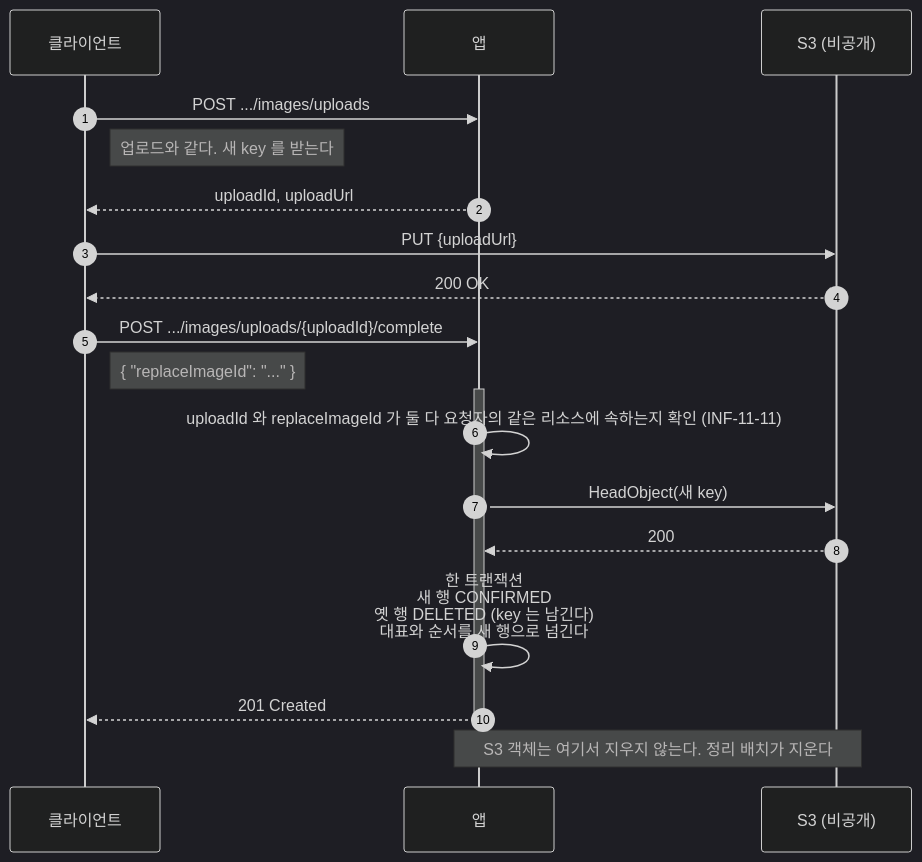
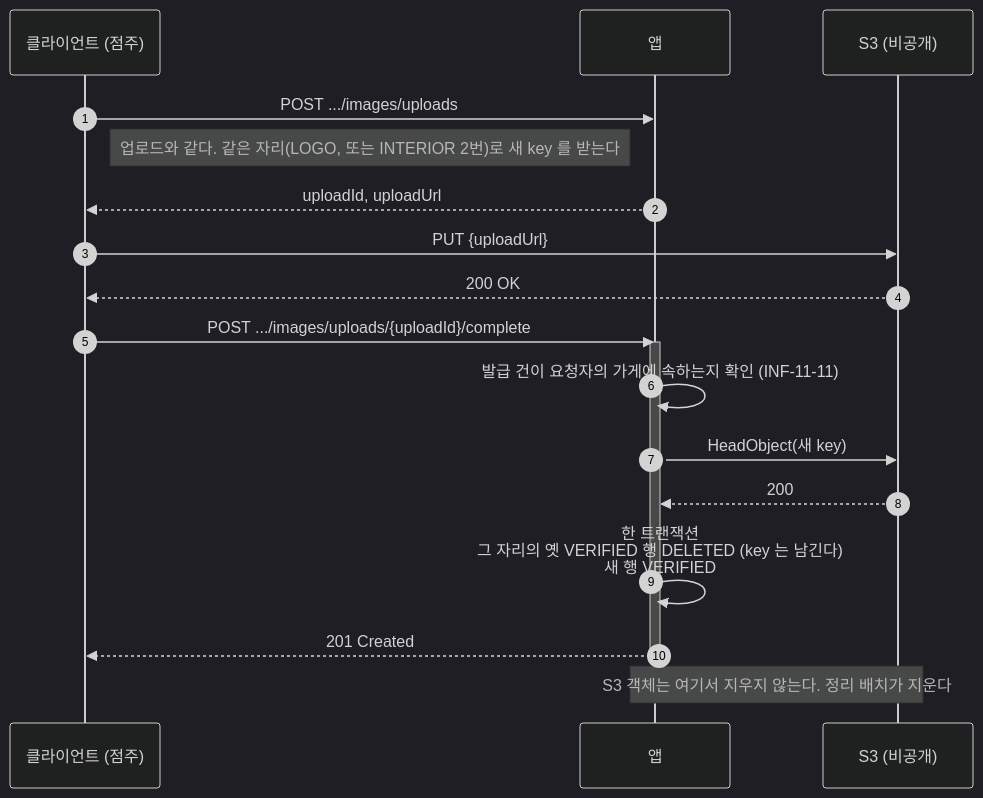
Before and after one commit to lunch-catch/lc-infra: the sixth of 8 diagrams in docs/system-design/백엔드공통_이미지저장소_설계.md, drawn with Mermaid (dark theme). The commit also changed other lines of this file, not shown here.

````diff
--- a/docs/system-design/백엔드공통_이미지저장소_설계.md
+++ b/docs/system-design/백엔드공통_이미지저장소_설계.md
@@ -705,25 +626,24 @@
 ```mermaid
 sequenceDiagram
     autonumber
-    participant C as 클라이언트
+    participant C as 클라이언트 (점주)
     participant A as 앱
     participant S as S3 (비공개)
 
     C->>A: POST .../images/uploads
-    Note right of C: 업로드와 같다. 새 key 를 받는다
+    Note right of C: 업로드와 같다. 같은 자리(LOGO, 또는 INTERIOR 2번)로 새 key 를 받는다
     A-->>C: uploadId, uploadUrl
     C->>S: PUT {uploadUrl}
     S-->>C: 200 OK
 
     C->>A: POST .../images/uploads/{uploadId}/complete
-    Note right of C: { "replaceImageId": "..." }
     activate A
-    A->>A: uploadId 와 replaceImageId 가 둘 다 요청자의 같은 리소스에 속하는지 확인 (INF-11-11)
+    A->>A: 발급 건이 요청자의 가게에 속하는지 확인 (INF-11-11)
     A->>S: HeadObject(새 key)
     S-->>A: 200
-    A->>A: 한 트랜잭션<br/>새 행 CONFIRMED<br/>옛 행 DELETED (key 는 남긴다)<br/>대표와 순서를 새 행으로 넘긴다
+    A->>A: 한 트랜잭션<br/>그 자리의 옛 VERIFIED 행 DELETED (key 는 남긴다)<br/>새 행 VERIFIED
     A-->>C: 201 Created
     deactivate A
 
     Note over A,S: S3 객체는 여기서 지우지 않는다. 정리 배치가 지운다
 ```
````
